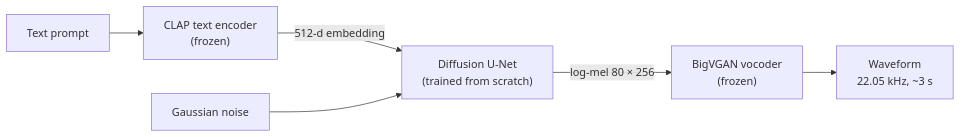
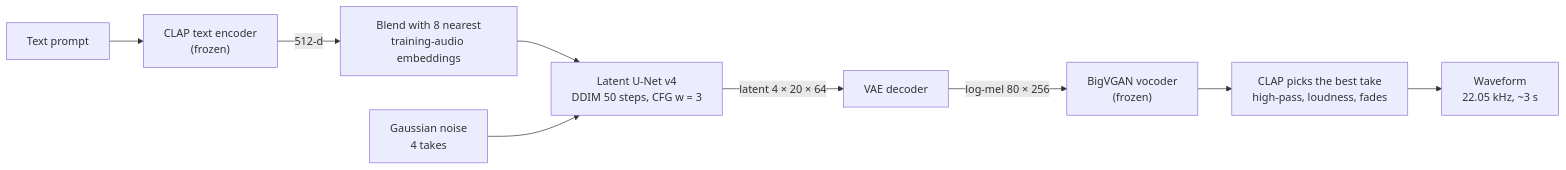
The diagram in README.md (abrandonwang/text-to-sound), drawn with Mermaid before and after one commit. The commit also changed other lines of this file and 3 other files, not shown here.

````diff
--- a/README.md
+++ b/README.md
@@ -28,8 +30,11 @@
 ```mermaid
 flowchart LR
     A["Text prompt"] --> B["CLAP text encoder<br/>(frozen)"]
-    B -->|"512-d embedding"| C["Diffusion U-Net<br/>(trained from scratch)"]
-    N["Gaussian noise"] --> C
-    C -->|"log-mel 80 × 256"| D["BigVGAN vocoder<br/>(frozen)"]
-    D --> E["Waveform<br/>22.05 kHz, ~3 s"]
+    B -->|"512-d"| R["Blend with 8 nearest<br/>training-audio embeddings"]
+    R --> C["Latent U-Net v4<br/>DDIM 50 steps, CFG w = 3"]
+    N["Gaussian noise<br/>4 takes"] --> C
+    C -->|"latent 4 × 20 × 64"| V["VAE decoder"]
+    V -->|"log-mel 80 × 256"| D["BigVGAN vocoder<br/>(frozen)"]
+    D --> S["CLAP picks the best take<br/>high-pass, loudness, fades"]
+    S --> E["Waveform<br/>22.05 kHz, ~3 s"]
 ```
````
